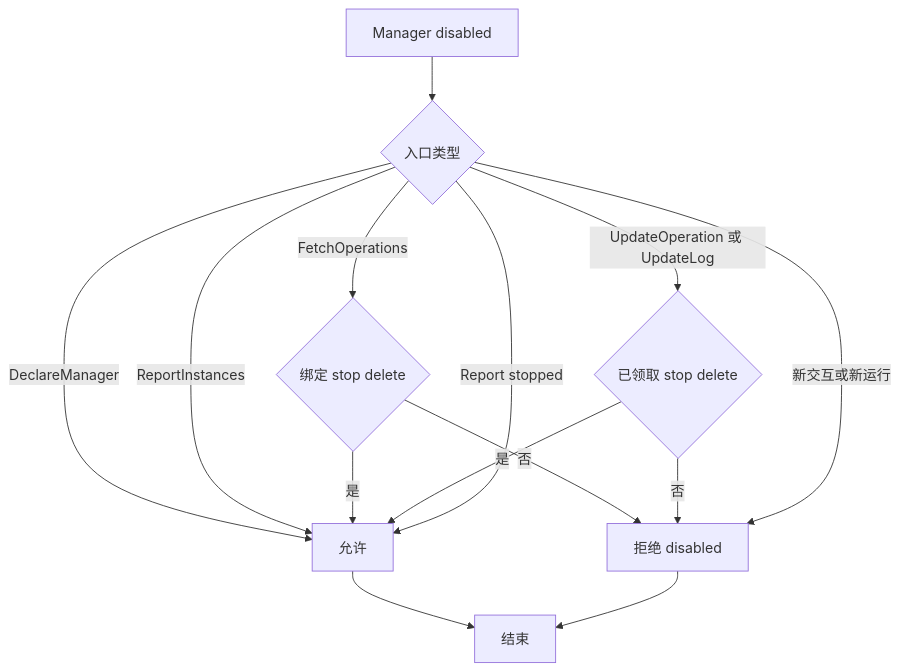
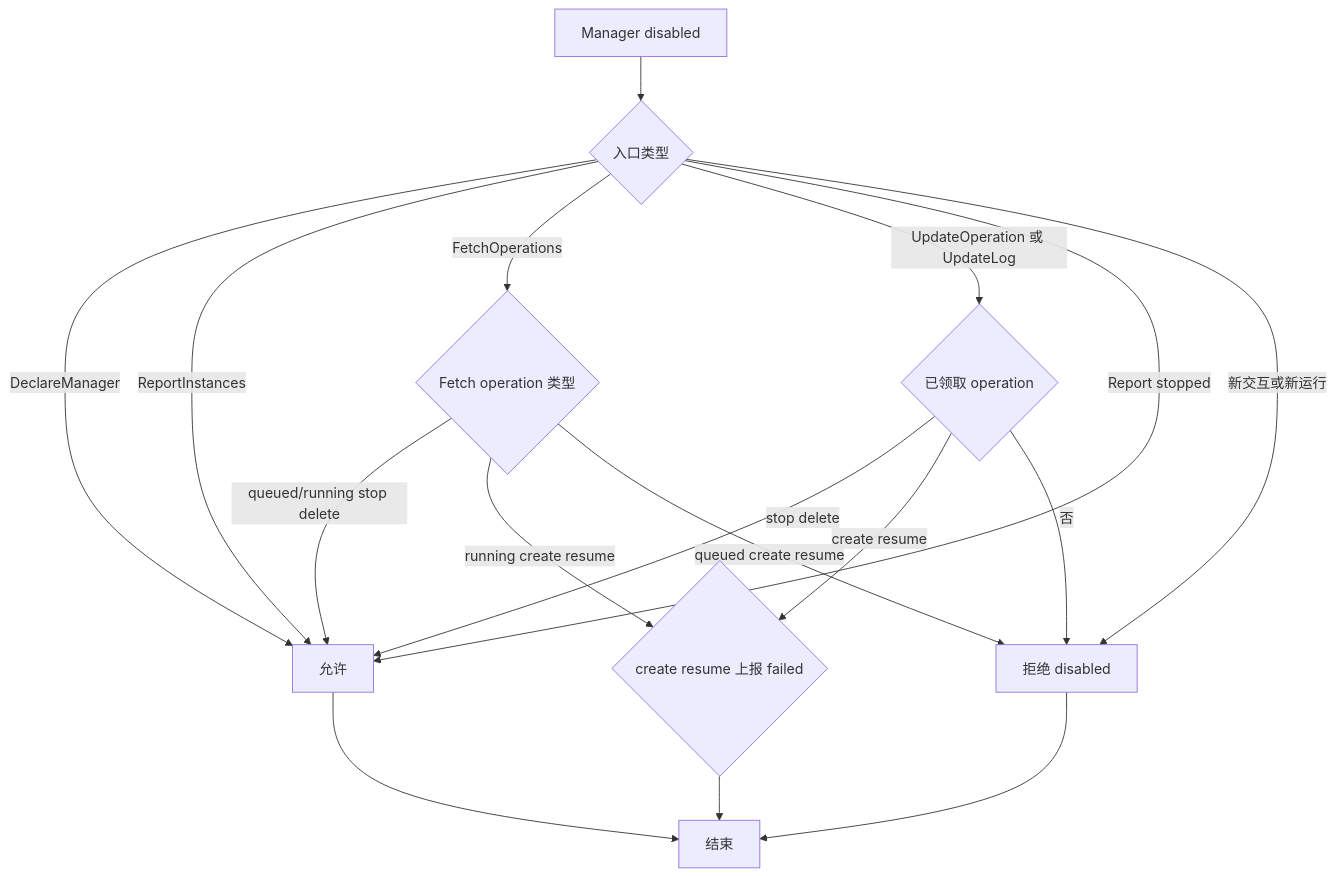
The first of 3 diagrams in src/manager-gateway.md (ExplodingDragon/gitea-dev), drawn with Mermaid before and after one commit. The commit also changed other lines of this file and 9 other files, not shown here.

````diff
--- a/src/manager-gateway.md
+++ b/src/manager-gateway.md
@@ -187,24 +220,28 @@
 ```mermaid
 flowchart TD
     disabled[Manager disabled]
     kind{入口类型}
-    binding{绑定 stop delete}
-    claimed{已领取 stop delete}
+    fetchKind{Fetch operation 类型}
+    claimed{已领取 operation}
+    cleanup{create resume 上报 failed}
     allow[允许]
     reject[拒绝 disabled]
     done[结束]
 
     disabled --> kind
     kind -- DeclareManager --> allow
     kind -- ReportInstances --> allow
-    kind -- FetchOperations --> binding
-    binding -- 是 --> allow
-    binding -- 否 --> reject
+    kind -- FetchOperations --> fetchKind
+    fetchKind -- queued/running stop delete --> allow
+    fetchKind -- running create resume --> cleanup
+    fetchKind -- queued create resume --> reject
     kind -- UpdateOperation 或 UpdateLog --> claimed
-    claimed -- 是 --> allow
+    claimed -- stop delete --> allow
+    claimed -- create resume --> cleanup
     claimed -- 否 --> reject
     kind -- Report stopped --> allow
     kind -- 新交互或新运行 --> reject
+    cleanup --> done
     allow --> done
     reject --> done
 ```
````
